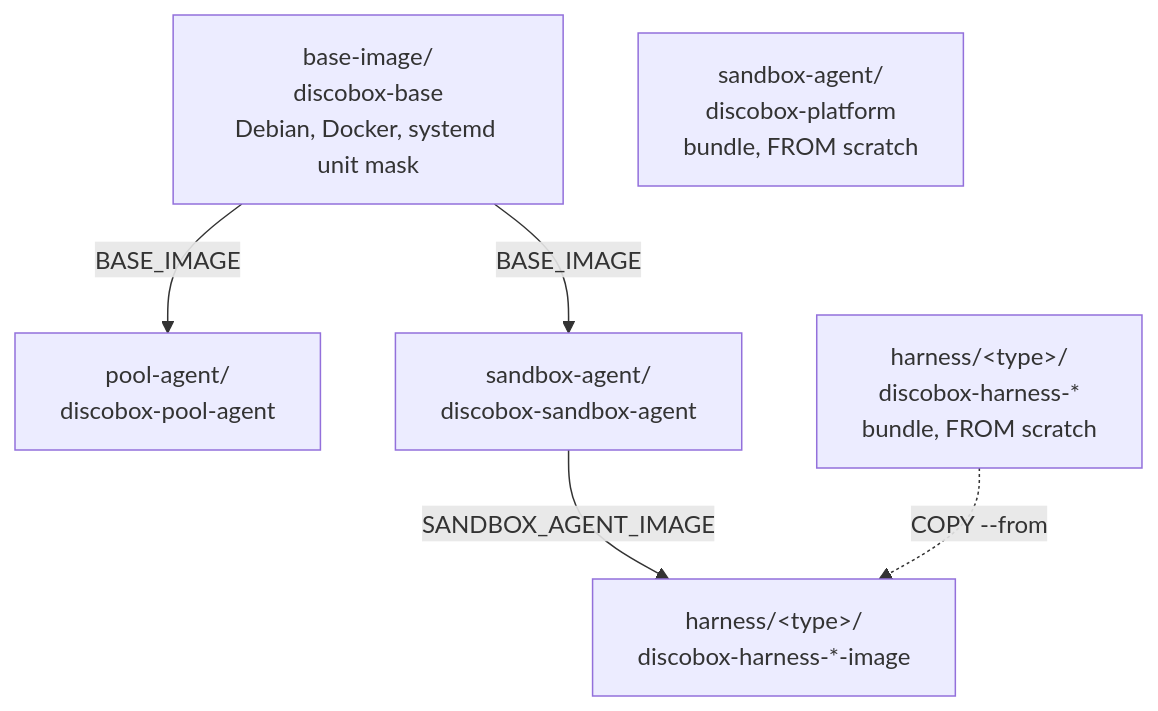
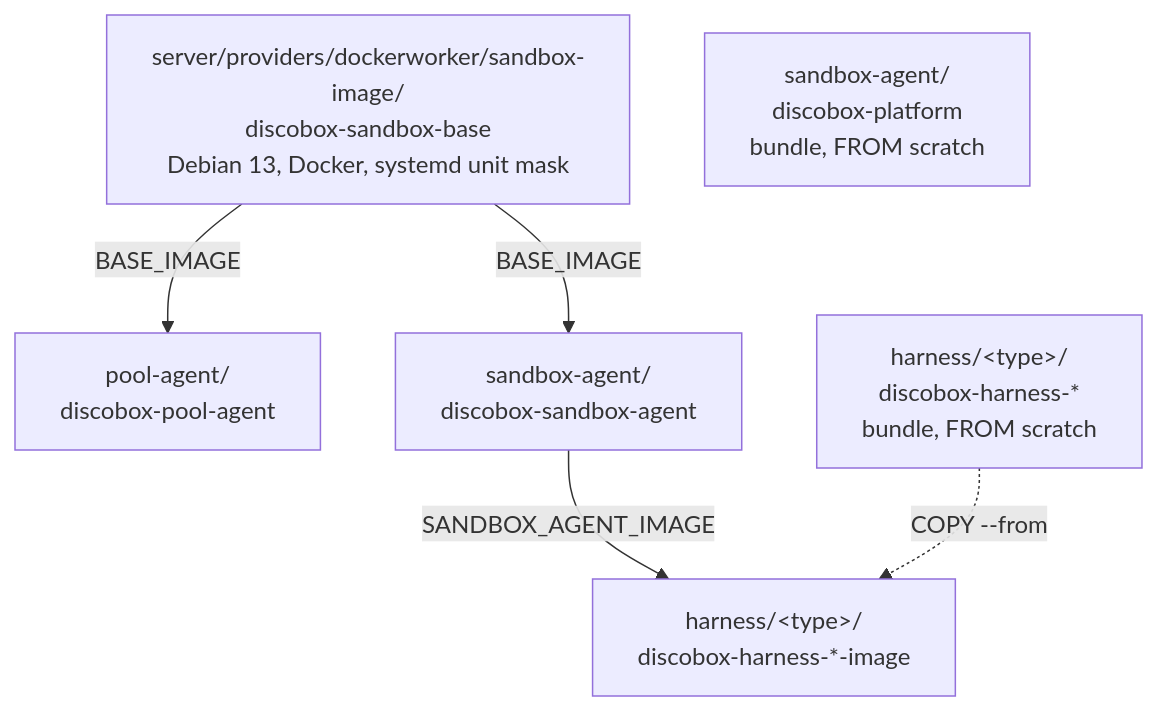
Before and after one commit to discobox-ai/discobox: the fifth of 5 diagrams in DESIGN.md, drawn with Mermaid. The commit also changed other lines of this file and 43 other files, not shown here.

First line of the commit message:
feat(dockerworker): the Docker driver owns a Debian sandbox base image

````diff
--- a/DESIGN.md
+++ b/DESIGN.md
@@ -389,14 +390,14 @@
 ```mermaid
 flowchart TD
-    base["base-image/<br/>discobox-base<br/>Debian, Docker, systemd unit mask"]
+    base["server/providers/dockerworker/sandbox-image/<br/>discobox-sandbox-base<br/>Debian 13, Docker, systemd unit mask"]
     pool["pool-agent/<br/>discobox-pool-agent"]
     sandbox["sandbox-agent/<br/>discobox-sandbox-agent"]
     image["harness/&lt;type&gt;/<br/>discobox-harness-*-image"]
     platform["sandbox-agent/<br/>discobox-platform<br/>bundle, FROM scratch"]
     bundle["harness/&lt;type&gt;/<br/>discobox-harness-*<br/>bundle, FROM scratch"]
 
     base -->|BASE_IMAGE| pool
     base -->|BASE_IMAGE| sandbox
     sandbox -->|SANDBOX_AGENT_IMAGE| image
     bundle -.->|COPY --from| image
 ```
````
